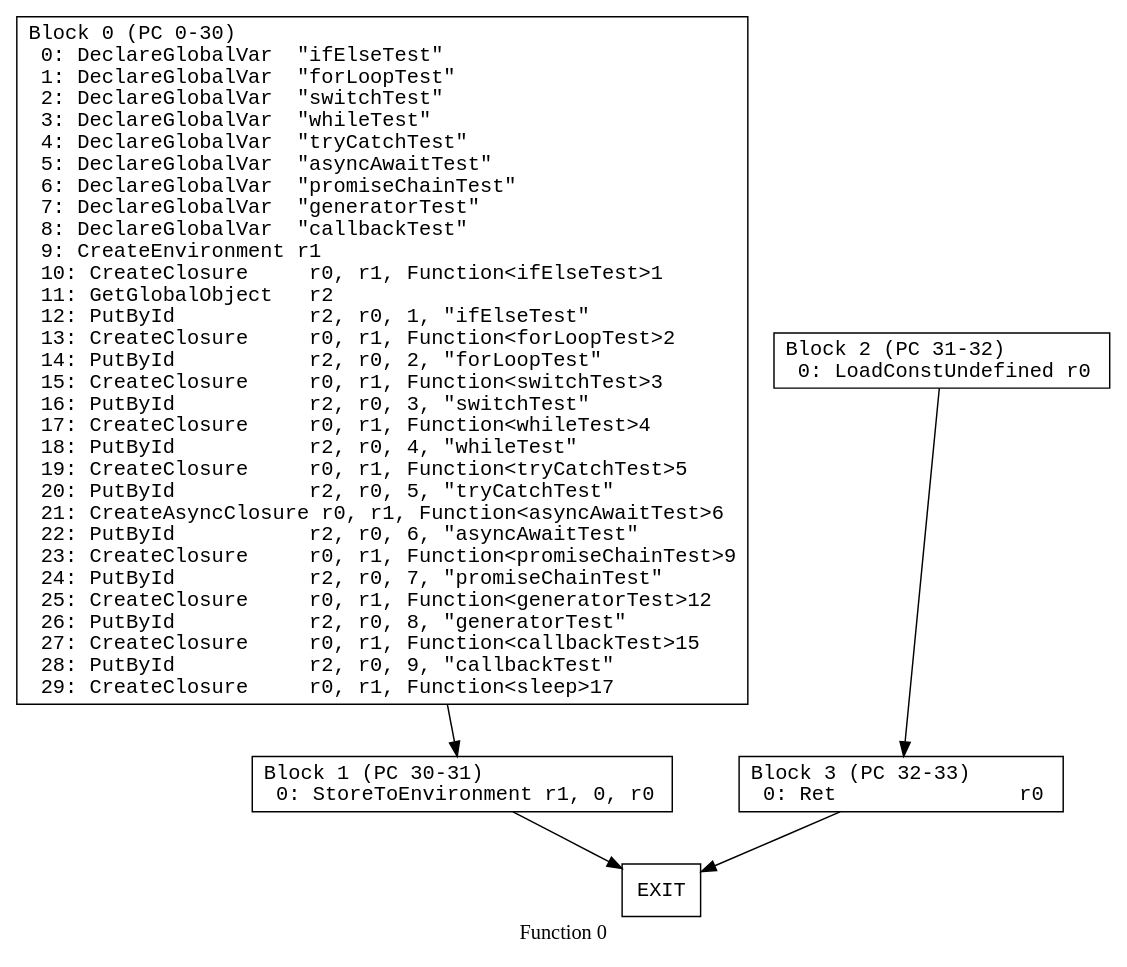
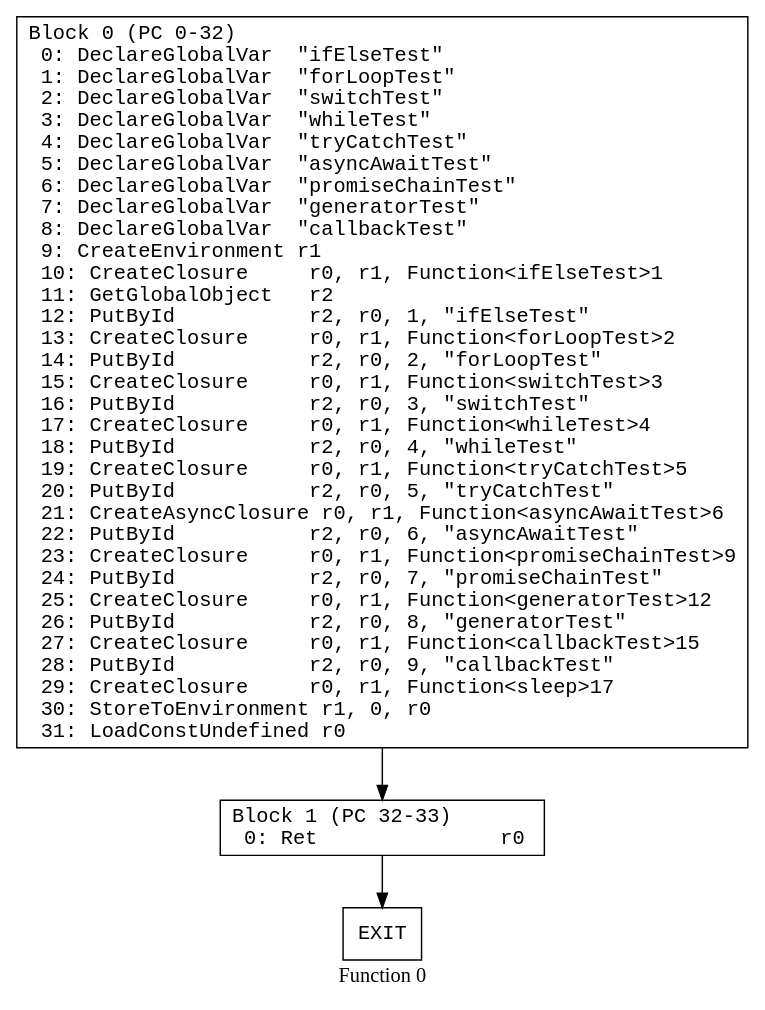
One commit to kroo/hermes-dec-rs changed the diagram in data/individual_pdfs/flow_control_function_0.dot. Above: the diagram before and after it, drawn with Graphviz. The commit also changed 78 other files, not shown here.

First line of the commit message:
Fix StoreToEnvironment instruction categorization bug

```diff
--- a/data/individual_pdfs/flow_control_function_0.dot
+++ b/data/individual_pdfs/flow_control_function_0.dot
@@ -1,22 +1,18 @@
 // Function 0 from flow_control
 // Generated from data/flow_control.dot
 
 digraph {
   rankdir=TB;
   node [shape=box, fontname="monospace"];
 
   label = "Function 0";
   style = filled;
   color = lightgrey;
 
-  f0_n0 [ label = "Block 0 (PC 0-30)\l  0: DeclareGlobalVar  \"ifElseTest\"\l  1: DeclareGlobalVar  \"forLoopTest\"\l  2: DeclareGlobalVar  \"switchTest\"\l  3: DeclareGlobalVar  \"whileTest\"\l  4: DeclareGlobalVar  \"tryCatchTest\"\l  5: DeclareGlobalVar  \"asyncAwaitTest\"\l  6: DeclareGlobalVar  \"promiseChainTest\"\l  7: DeclareGlobalVar  \"generatorTest\"\l  8: DeclareGlobalVar  \"callbackTest\"\l  9: CreateEnvironment r1\l  10: CreateClosure     r0, r1, Function<ifElseTest>1\l  11: GetGlobalObject   r2\l  12: PutById           r2, r0, 1, \"ifElseTest\"\l  13: CreateClosure     r0, r1, Function<forLoopTest>2\l  14: PutById           r2, r0, 2, \"forLoopTest\"\l  15: CreateClosure     r0, r1, Function<switchTest>3\l  16: PutById           r2, r0, 3, \"switchTest\"\l  17: CreateClosure     r0, r1, Function<whileTest>4\l  18: PutById           r2, r0, 4, \"whileTest\"\l  19: CreateClosure     r0, r1, Function<tryCatchTest>5\l  20: PutById           r2, r0, 5, \"tryCatchTest\"\l  21: CreateAsyncClosure r0, r1, Function<asyncAwaitTest>6\l  22: PutById           r2, r0, 6, \"asyncAwaitTest\"\l  23: CreateClosure     r0, r1, Function<promiseChainTest>9\l  24: PutById           r2, r0, 7, \"promiseChainTest\"\l  25: CreateClosure     r0, r1, Function<generatorTest>12\l  26: PutById           r2, r0, 8, \"generatorTest\"\l  27: CreateClosure     r0, r1, Function<callbackTest>15\l  28: PutById           r2, r0, 9, \"callbackTest\"\l  29: CreateClosure     r0, r1, Function<sleep>17\l" ]
-  f0_n1 [ label = "Block 1 (PC 30-31)\l  0: StoreToEnvironment r1, 0, r0\l" ]
-  f0_n2 [ label = "Block 2 (PC 31-32)\l  0: LoadConstUndefined r0\l" ]
-  f0_n3 [ label = "Block 3 (PC 32-33)\l  0: Ret               r0\l" ]
-  f0_n4 [ label = "EXIT" ]
+  f0_n0 [ label = "Block 0 (PC 0-32)\l  0: DeclareGlobalVar  \"ifElseTest\"\l  1: DeclareGlobalVar  \"forLoopTest\"\l  2: DeclareGlobalVar  \"switchTest\"\l  3: DeclareGlobalVar  \"whileTest\"\l  4: DeclareGlobalVar  \"tryCatchTest\"\l  5: DeclareGlobalVar  \"asyncAwaitTest\"\l  6: DeclareGlobalVar  \"promiseChainTest\"\l  7: DeclareGlobalVar  \"generatorTest\"\l  8: DeclareGlobalVar  \"callbackTest\"\l  9: CreateEnvironment r1\l  10: CreateClosure     r0, r1, Function<ifElseTest>1\l  11: GetGlobalObject   r2\l  12: PutById           r2, r0, 1, \"ifElseTest\"\l  13: CreateClosure     r0, r1, Function<forLoopTest>2\l  14: PutById           r2, r0, 2, \"forLoopTest\"\l  15: CreateClosure     r0, r1, Function<switchTest>3\l  16: PutById           r2, r0, 3, \"switchTest\"\l  17: CreateClosure     r0, r1, Function<whileTest>4\l  18: PutById           r2, r0, 4, \"whileTest\"\l  19: CreateClosure     r0, r1, Function<tryCatchTest>5\l  20: PutById           r2, r0, 5, \"tryCatchTest\"\l  21: CreateAsyncClosure r0, r1, Function<asyncAwaitTest>6\l  22: PutById           r2, r0, 6, \"asyncAwaitTest\"\l  23: CreateClosure     r0, r1, Function<promiseChainTest>9\l  24: PutById           r2, r0, 7, \"promiseChainTest\"\l  25: CreateClosure     r0, r1, Function<generatorTest>12\l  26: PutById           r2, r0, 8, \"generatorTest\"\l  27: CreateClosure     r0, r1, Function<callbackTest>15\l  28: PutById           r2, r0, 9, \"callbackTest\"\l  29: CreateClosure     r0, r1, Function<sleep>17\l  30: StoreToEnvironment r1, 0, r0\l  31: LoadConstUndefined r0\l" ]
+  f0_n1 [ label = "Block 1 (PC 32-33)\l  0: Ret               r0\l" ]
+  f0_n2 [ label = "EXIT" ]
 
   f0_n0 -> f0_n1
-  f0_n1 -> f0_n4
-  f0_n2 -> f0_n3
-  f0_n3 -> f0_n4
+  f0_n1 -> f0_n2
 }
```
